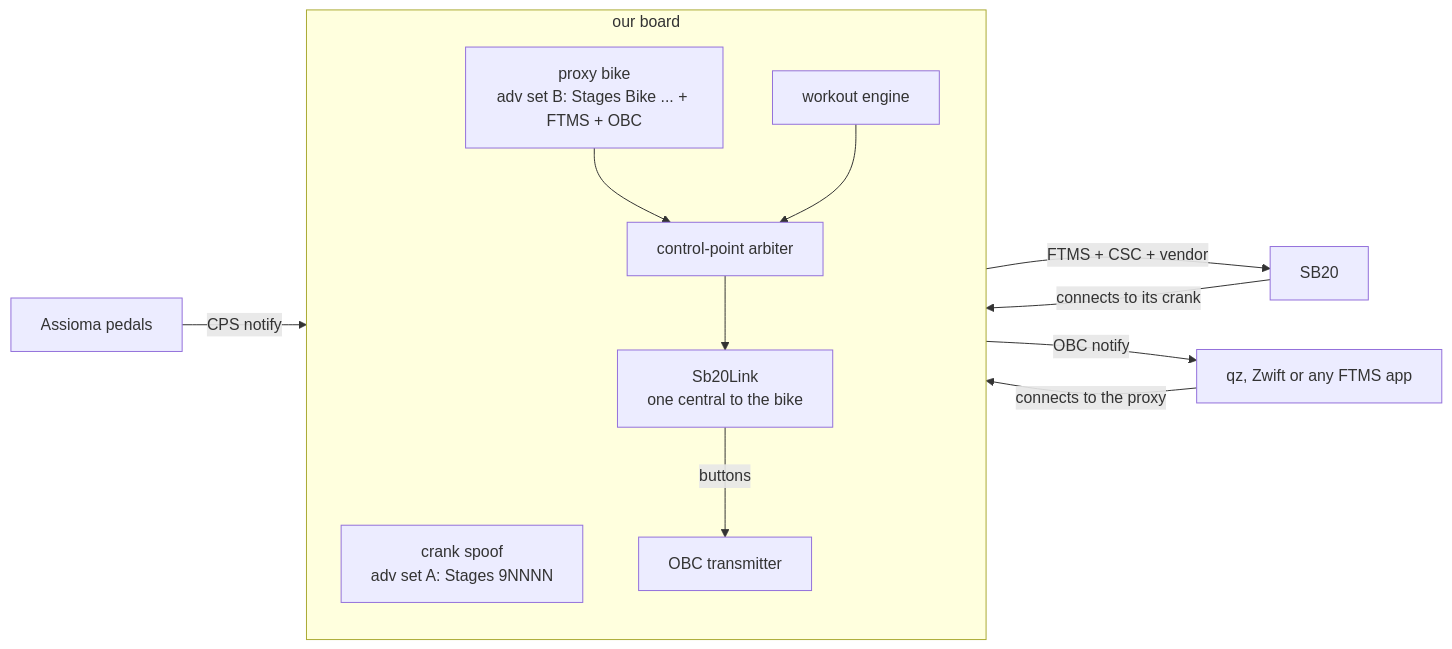
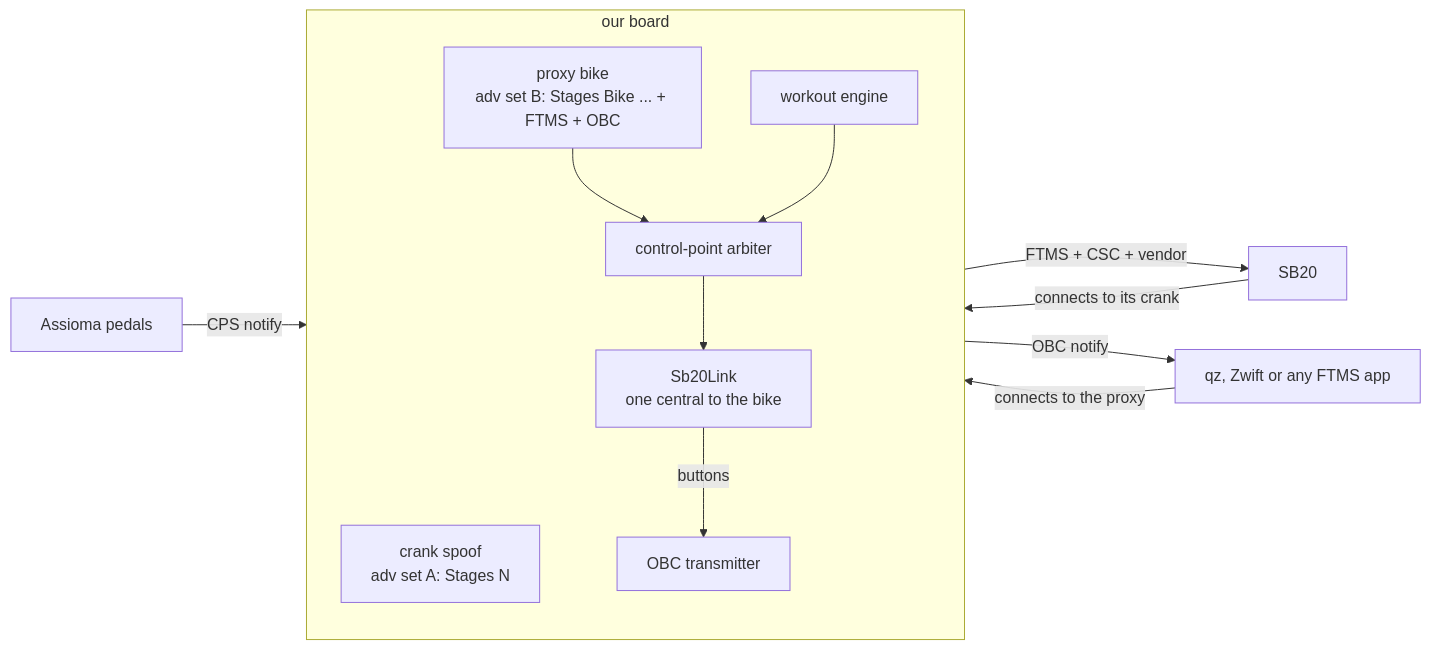
Before and after one commit to cauldnz/SB20-power-proxy: the diagram in code/findings/sb20-full-proxy.md, drawn with Mermaid. The commit also changed other lines of this file and 25 other files, not shown here.

First line of the commit message:
fix(identity): derive a default crank ID the Stages app accepts (1..65535)

````diff
--- a/code/findings/sb20-full-proxy.md
+++ b/code/findings/sb20-full-proxy.md
@@ -67,21 +67,21 @@
 ```mermaid
 flowchart LR
   A[Assioma pedals] -- CPS notify --> B
   subgraph B[our board]
     direction TB
-    C[crank spoof<br/>adv set A: Stages 9NNNN]
+    C[crank spoof<br/>adv set A: Stages N]
     L[Sb20Link<br/>one central to the bike]
     P[proxy bike<br/>adv set B: Stages Bike ... + FTMS + OBC]
     R[control-point arbiter]
     W[workout engine]
     O[OBC transmitter]
   end
   S[SB20] -- connects to its crank --> C
   L -- FTMS + CSC + vendor --> S
   Q[qz, Zwift or any FTMS app] -- connects to the proxy --> P
   P --> R
   W --> R
   R --> L
   L -- buttons --> O
   O -- OBC notify --> Q
 ```
````
